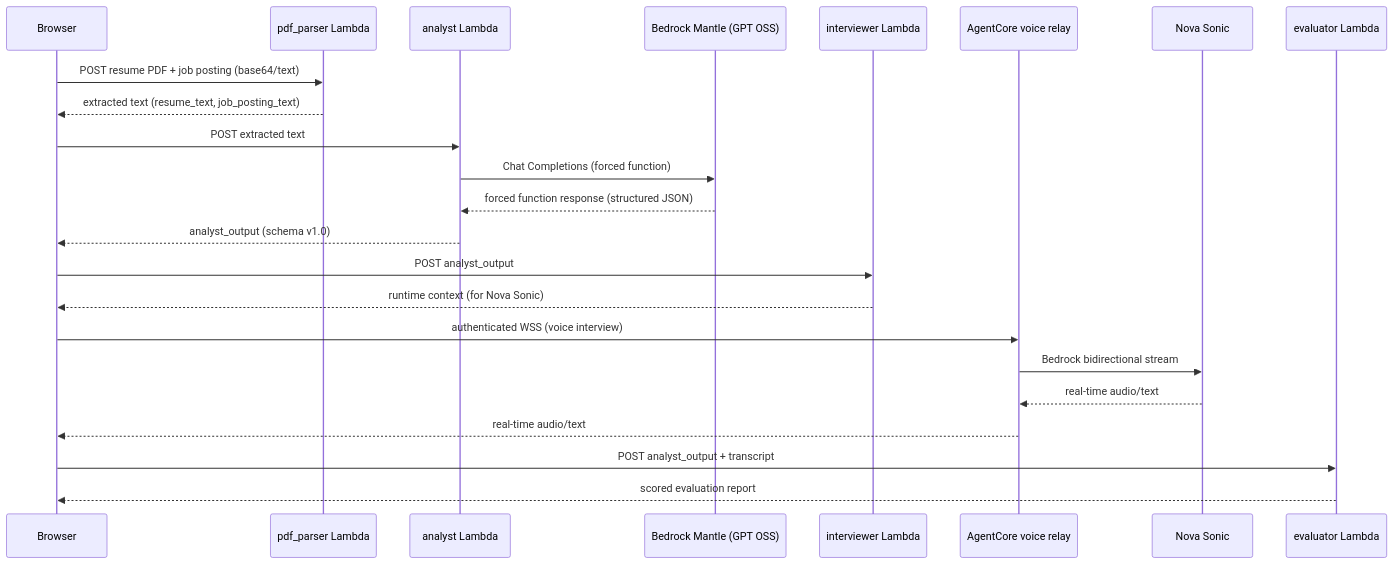
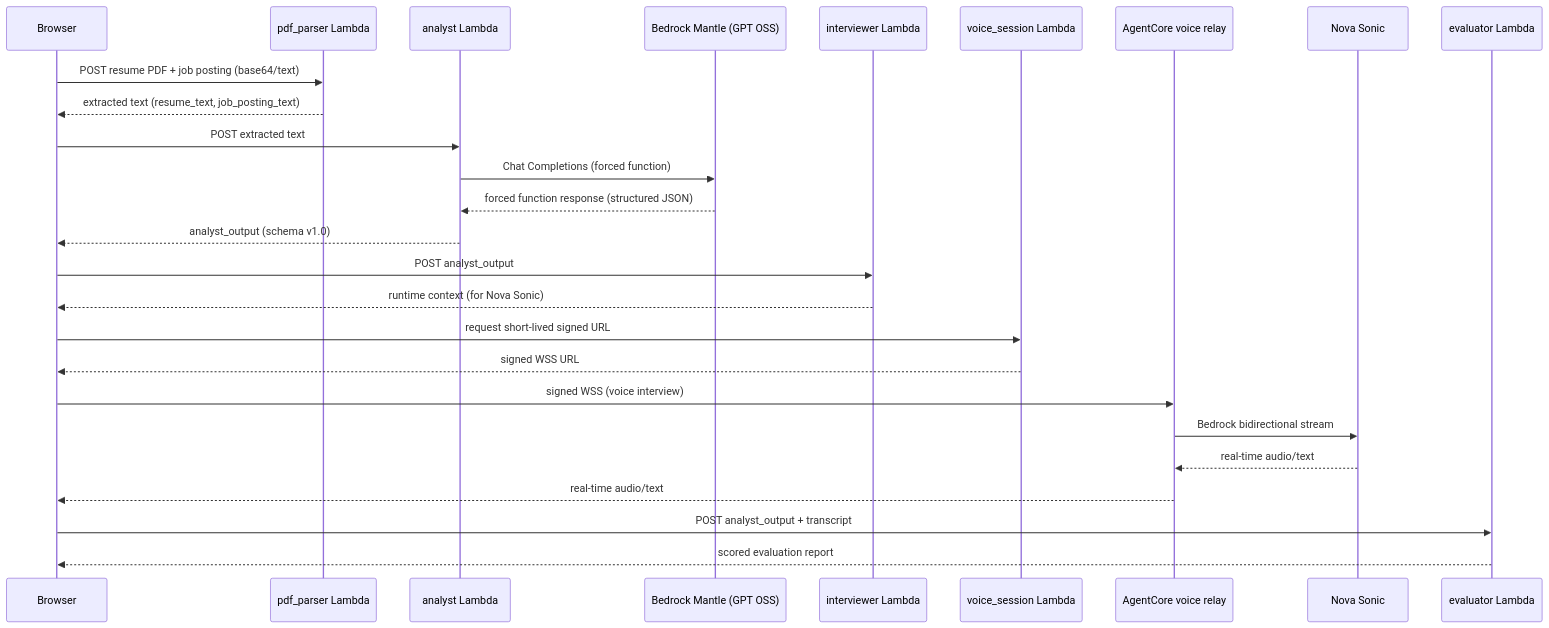
Before and after one commit to Jade-ok/CIC_mock-interview-coach: the first of 2 diagrams in .kiro/specs/resume-analysis-pipeline/design.md, drawn with Mermaid. The commit also changed other lines of this file and 27 other files, not shown here.

Commit message:
feat(hosting): add Amplify and signed AgentCore sessions

````diff
--- a/.kiro/specs/resume-analysis-pipeline/design.md
+++ b/.kiro/specs/resume-analysis-pipeline/design.md
@@ -24,26 +24,29 @@
 ```mermaid
 sequenceDiagram
     participant Browser
     participant PdfParser as pdf_parser Lambda
     participant Analyst as analyst Lambda
     participant Bedrock as Bedrock Mantle (GPT OSS)
     participant Interviewer as interviewer Lambda
+    participant VoiceSession as voice_session Lambda
     participant AgentCore as AgentCore voice relay
     participant NovaSonic as Nova Sonic
     participant Evaluator as evaluator Lambda
 
     Browser->>PdfParser: POST resume PDF + job posting (base64/text)
     PdfParser-->>Browser: extracted text (resume_text, job_posting_text)
     Browser->>Analyst: POST extracted text
     Analyst->>Bedrock: Chat Completions (forced function)
     Bedrock-->>Analyst: forced function response (structured JSON)
     Analyst-->>Browser: analyst_output (schema v1.0)
     Browser->>Interviewer: POST analyst_output
     Interviewer-->>Browser: runtime context (for Nova Sonic)
-    Browser->>AgentCore: authenticated WSS (voice interview)
+    Browser->>VoiceSession: request short-lived signed URL
+    VoiceSession-->>Browser: signed WSS URL
+    Browser->>AgentCore: signed WSS (voice interview)
     AgentCore->>NovaSonic: Bedrock bidirectional stream
     NovaSonic-->>AgentCore: real-time audio/text
     AgentCore-->>Browser: real-time audio/text
     Browser->>Evaluator: POST analyst_output + transcript
     Evaluator-->>Browser: scored evaluation report
 ```
````
